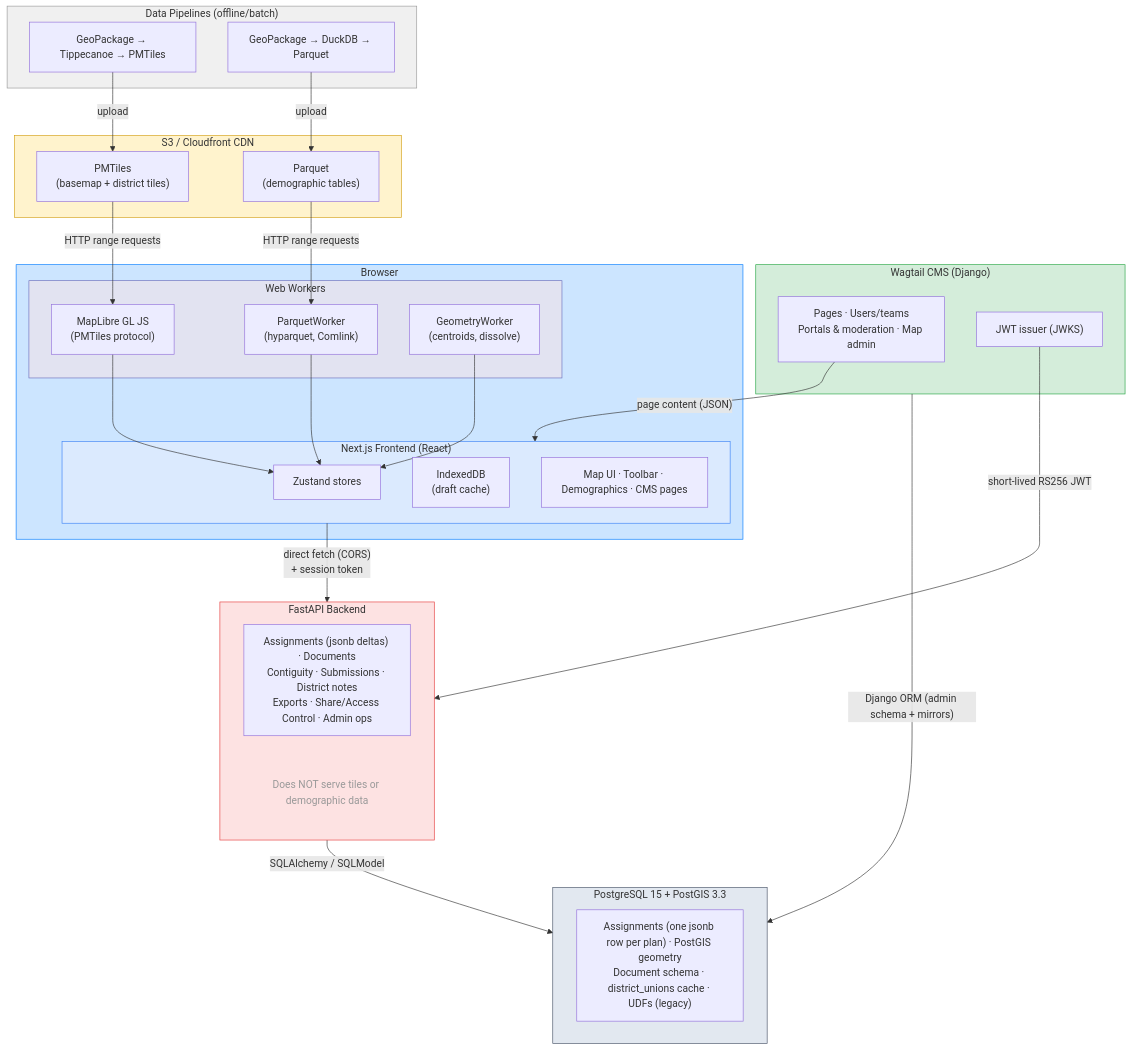
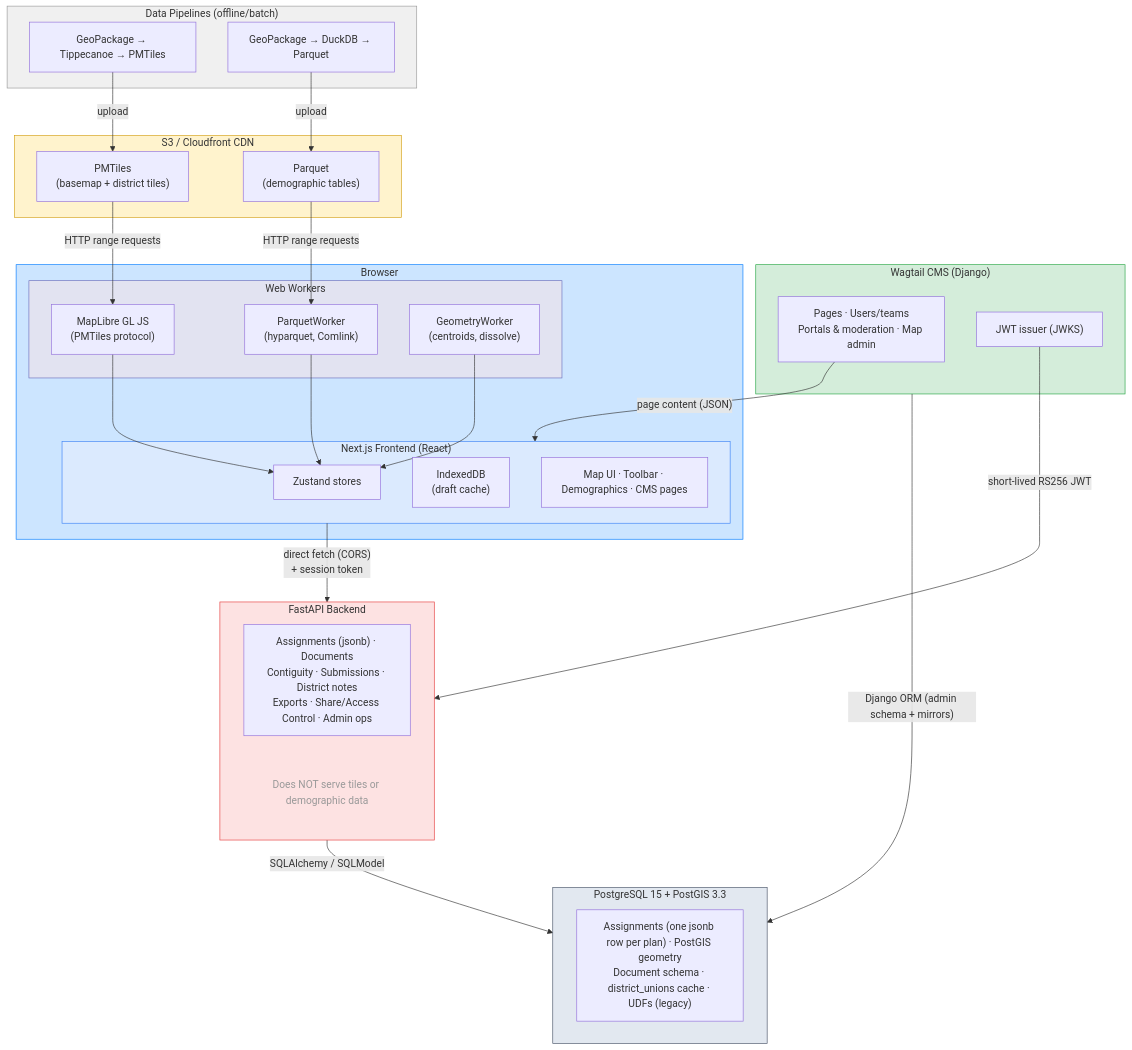
The diagram in docs/architecture.md (districtr/districtr-v2), drawn with Mermaid before and after one commit. The commit also changed other lines of this file and 13 other files, not shown here.

````diff
--- a/docs/architecture.md
+++ b/docs/architecture.md
@@ -7,62 +7,62 @@
 ```mermaid
 graph TD
     subgraph Pipelines["Data Pipelines (offline/batch)"]
         P1["GeoPackage → Tippecanoe → PMTiles"]
         P2["GeoPackage → DuckDB → Parquet"]
     end
 
     subgraph S3["S3 / Cloudfront CDN"]
         Tiles["PMTiles<br/>(basemap + district tiles)"]
         Parquet["Parquet<br/>(demographic tables)"]
     end
 
     subgraph CMS["Wagtail CMS (Django)"]
         Content["Pages · Users/teams<br/>Portals & moderation · Map admin"]
         Issuer["JWT issuer (JWKS)"]
     end
 
     subgraph Browser["Browser"]
         subgraph Workers["Web Workers"]
             MapLibre["MapLibre GL JS<br/>(PMTiles protocol)"]
             PW["ParquetWorker<br/>(hyparquet, Comlink)"]
             GW["GeometryWorker<br/>(centroids, dissolve)"]
         end
         subgraph App["Next.js Frontend (React)"]
             Zustand["Zustand stores"]
             IDB["IndexedDB<br/>(draft cache)"]
             UI["Map UI · Toolbar · Demographics · CMS pages"]
         end
     end
 
     subgraph API["FastAPI Backend"]
-        Endpoints["Assignments (jsonb deltas) · Documents<br/>Contiguity · Submissions · District notes<br/>Exports · Share/Access Control · Admin ops"]
+        Endpoints["Assignments (jsonb) · Documents<br/>Contiguity · Submissions · District notes<br/>Exports · Share/Access Control · Admin ops"]
         Note["Does NOT serve tiles or demographic data"]
     end
 
     subgraph DB["PostgreSQL 15 + PostGIS 3.3"]
         Tables["Assignments (one jsonb row per plan) · PostGIS geometry<br/>Document schema · district_unions cache · UDFs (legacy)"]
     end
 
     P1 -->|upload| Tiles
     P2 -->|upload| Parquet
     Tiles -->|HTTP range requests| MapLibre
     Parquet -->|HTTP range requests| PW
     Content -->|"page content (JSON)"| App
     Issuer -->|"short-lived RS256 JWT"| API
     CMS -->|"Django ORM (admin schema + mirrors)"| DB
     MapLibre --> Zustand
     PW --> Zustand
     GW --> Zustand
     App -->|"direct fetch (CORS)<br/>+ session token"| API
     API -->|SQLAlchemy / SQLModel| DB
 
     style Pipelines fill:#f0f0f0,stroke:#999
     style S3 fill:#fff3cd,stroke:#d4a017
     style CMS fill:#d4edda,stroke:#28a745
     style Browser fill:#cce5ff,stroke:#007bff
     style Workers fill:#e2e3f1,stroke:#6c6fbd
     style App fill:#dbeafe,stroke:#3b82f6
     style API fill:#fde2e2,stroke:#e53e3e
     style DB fill:#e2e8f0,stroke:#4a5568
     style Note fill:none,stroke:none,color:#999
 ```
````
